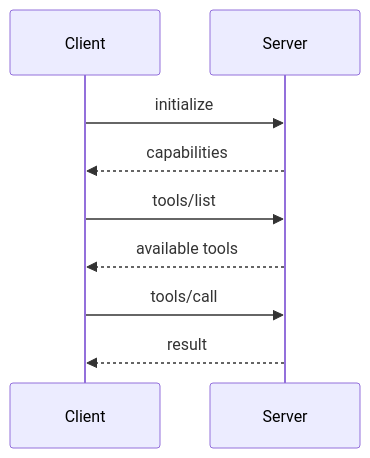
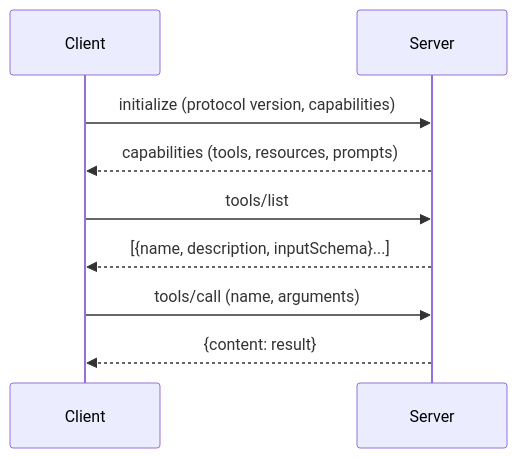
The fourth of 4 diagrams in src/web/posts/2025-12-18-why-mcp-protocol.md (Casys-AI/casys-pml), drawn with Mermaid before and after one commit. The commit also changed other lines of this file and 3 other files, not shown here.

````diff
--- a/src/web/posts/2025-12-18-why-mcp-protocol.md
+++ b/src/web/posts/2025-12-18-why-mcp-protocol.md
@@ -79,9 +131,12 @@
 ```mermaid
 sequenceDiagram
-    Client->>Server: initialize
-    Server-->>Client: capabilities
-    Client->>Server: tools/list
-    Server-->>Client: available tools
-    Client->>Server: tools/call
-    Server-->>Client: result
+    participant C as Client
+    participant S as Server
+
+    C->>S: initialize (protocol version, capabilities)
+    S-->>C: capabilities (tools, resources, prompts)
+    C->>S: tools/list
+    S-->>C: [{name, description, inputSchema}...]
+    C->>S: tools/call (name, arguments)
+    S-->>C: {content: result}
 ```
````
